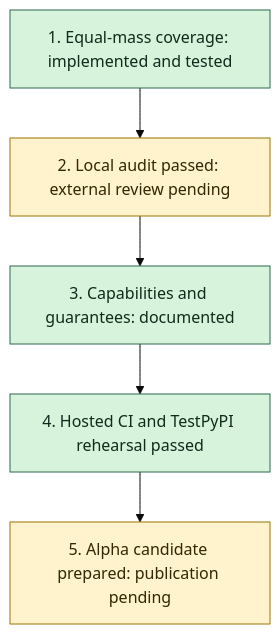
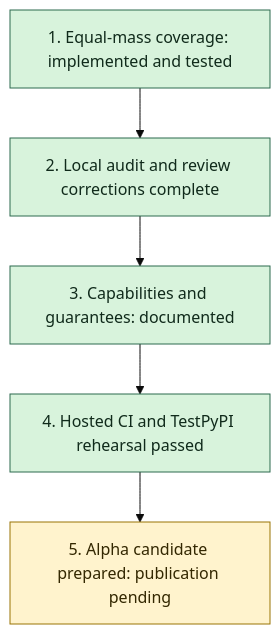
One commit to reetanshuh1998/Ramanujan_master_theorem changed the diagram in docs/RELEASE_PLAN.md. Above: the diagram before and after it, drawn with Mermaid (base theme). The commit also changed other lines of this file and 32 other files, not shown here.

````diff
--- a/docs/RELEASE_PLAN.md
+++ b/docs/RELEASE_PLAN.md
@@ -6,13 +6,13 @@
 ```mermaid
 flowchart TD
     A[1. Equal-mass coverage: implemented and tested]
-    B[2. Local audit passed: external review pending]
+    B[2. Local audit and review corrections complete]
     C[3. Capabilities and guarantees: documented]
     D[4. Hosted CI and TestPyPI rehearsal passed]
     E[5. Alpha candidate prepared: publication pending]
     A --> B --> C --> D --> E
     classDef ready fill:#d8f3dc,stroke:#2d6a4f,color:#102a1b
     classDef pending fill:#fff3cd,stroke:#997404,color:#332701
-    class A,C,D ready
-    class B,E pending
+    class A,B,C,D ready
+    class E pending
 ```
````
